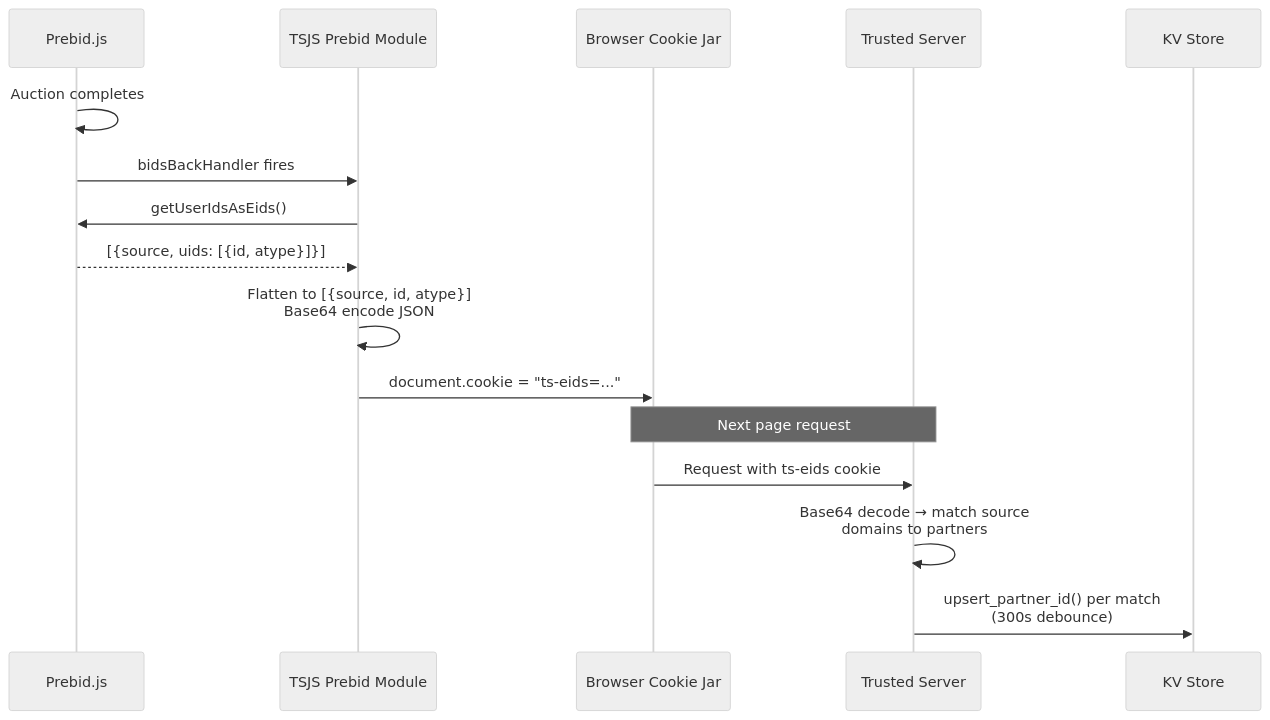
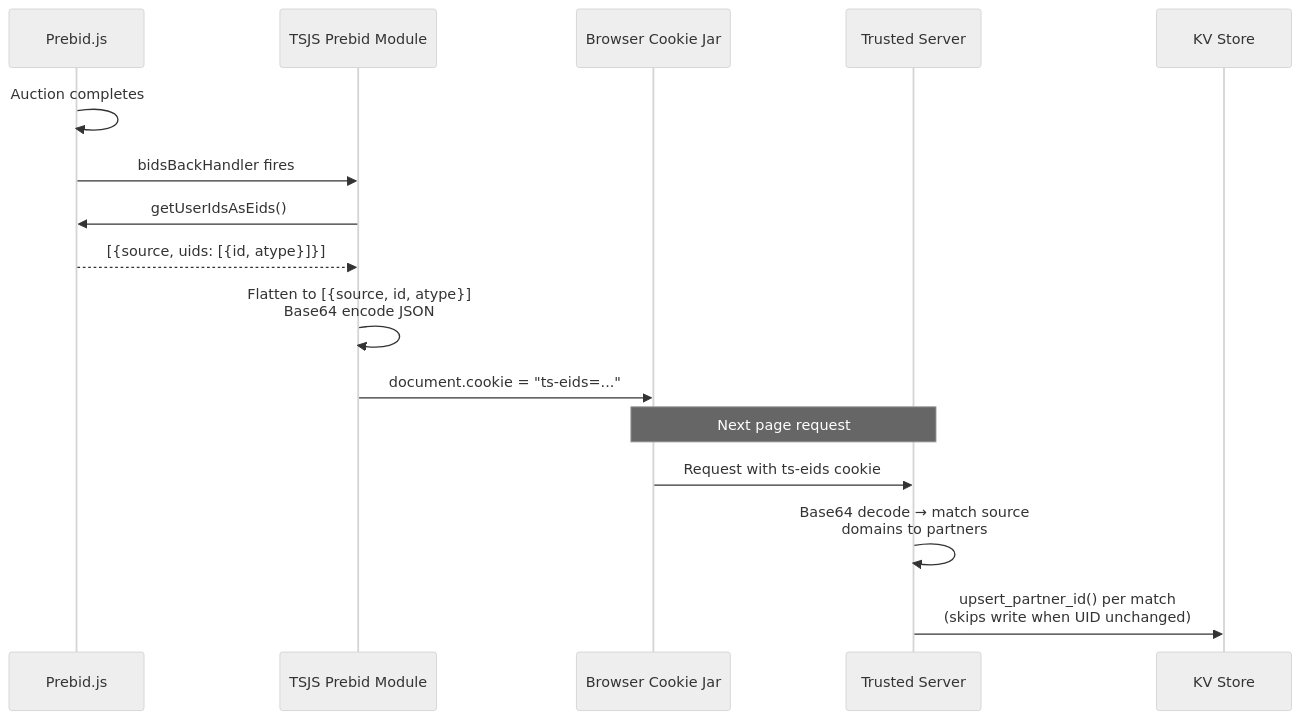
Before and after one commit to IABTechLab/trusted-server: the fifth of 5 diagrams in docs/guide/edge-cookies.md, drawn with Mermaid (neutral theme). The commit also changed other lines of this file and 15 other files, not shown here.

````diff
--- a/docs/guide/edge-cookies.md
+++ b/docs/guide/edge-cookies.md
@@ -132,20 +129,20 @@
 ```mermaid
 sequenceDiagram
     participant Prebid as Prebid.js
     participant TSJS as TSJS Prebid Module
     participant B as Browser Cookie Jar
     participant TS as Trusted Server
     participant KV as KV Store
 
     Prebid->>Prebid: Auction completes
     Prebid->>TSJS: bidsBackHandler fires
     TSJS->>Prebid: getUserIdsAsEids()
     Prebid-->>TSJS: [{source, uids: [{id, atype}]}]
     TSJS->>TSJS: Flatten to [{source, id, atype}]<br/>Base64 encode JSON
     TSJS->>B: document.cookie = "ts-eids=..."
 
     Note over B,TS: Next page request
     B->>TS: Request with ts-eids cookie
     TS->>TS: Base64 decode → match source<br/>domains to partners
-    TS->>KV: upsert_partner_id() per match<br/>(300s debounce)
+    TS->>KV: upsert_partner_id() per match<br/>(skips write when UID unchanged)
 ```
````
